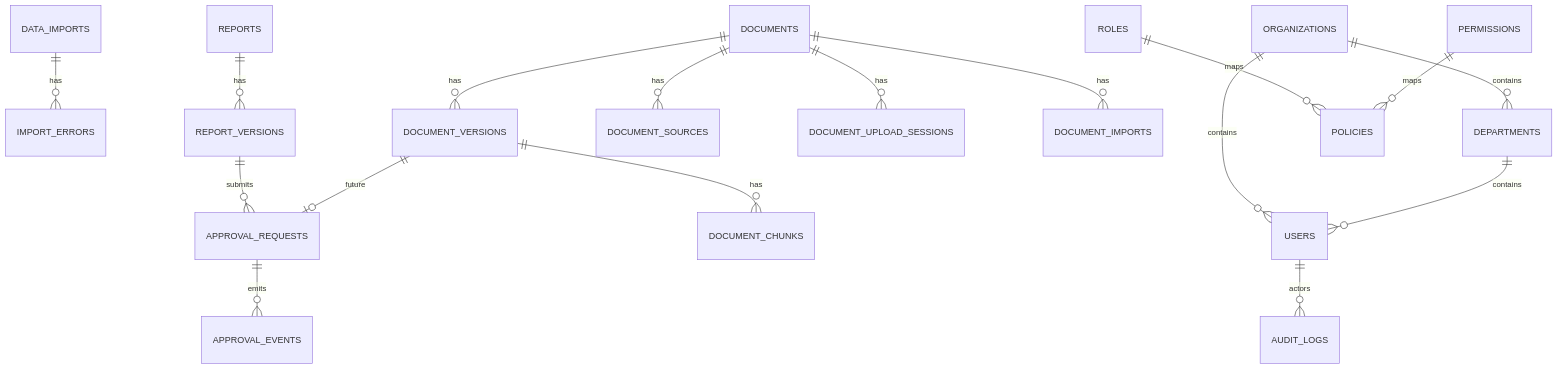
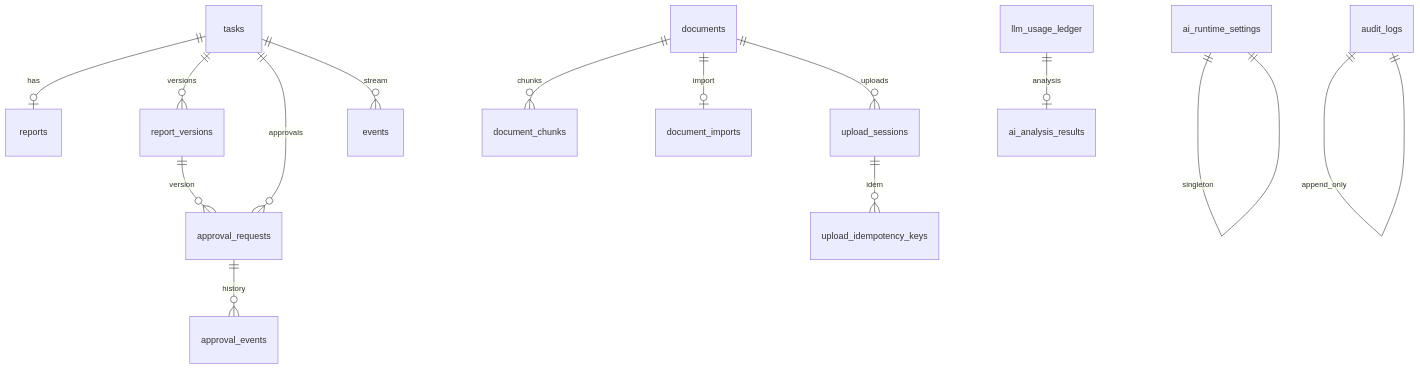
Before and after one commit to kurekako2017/vscode_study: the first of 4 diagrams in ai-lab/ai-learn/retail-insight-ai/docs/database/DATABASE.md, drawn with Mermaid. The commit also changed other lines of this file and 4 other files, not shown here.

````diff
--- a/ai-lab/ai-learn/retail-insight-ai/docs/database/DATABASE.md
+++ b/ai-lab/ai-learn/retail-insight-ai/docs/database/DATABASE.md
@@ -462,19 +634,16 @@
 ```mermaid
 erDiagram
-    DATA_IMPORTS ||--o{ IMPORT_ERRORS : has
-    REPORTS ||--o{ REPORT_VERSIONS : has
-    REPORT_VERSIONS ||--o{ APPROVAL_REQUESTS : submits
-    APPROVAL_REQUESTS ||--o{ APPROVAL_EVENTS : emits
-    DOCUMENTS ||--o{ DOCUMENT_VERSIONS : has
-    DOCUMENTS ||--o{ DOCUMENT_SOURCES : has
-    DOCUMENT_VERSIONS ||--o{ DOCUMENT_CHUNKS : has
-    DOCUMENTS ||--o{ DOCUMENT_UPLOAD_SESSIONS : has
-    DOCUMENTS ||--o{ DOCUMENT_IMPORTS : has
-    DOCUMENT_VERSIONS ||--o| APPROVAL_REQUESTS : future
-    USERS ||--o{ AUDIT_LOGS : actors
-    ORGANIZATIONS ||--o{ USERS : contains
-    ORGANIZATIONS ||--o{ DEPARTMENTS : contains
-    DEPARTMENTS ||--o{ USERS : contains
-    ROLES ||--o{ POLICIES : maps
-    PERMISSIONS ||--o{ POLICIES : maps
+  tasks ||--o| reports : has
+  tasks ||--o{ report_versions : versions
+  tasks ||--o{ approval_requests : approvals
+  tasks ||--o{ events : stream
+  report_versions ||--o{ approval_requests : version
+  approval_requests ||--o{ approval_events : history
+  documents ||--o{ document_chunks : chunks
+  documents ||--o| document_imports : import
+  documents ||--o{ upload_sessions : uploads
+  upload_sessions ||--o{ upload_idempotency_keys : idem
+  llm_usage_ledger ||--o| ai_analysis_results : analysis
+  ai_runtime_settings ||--|| ai_runtime_settings : singleton
+  audit_logs ||--|| audit_logs : append_only
 ```
````
